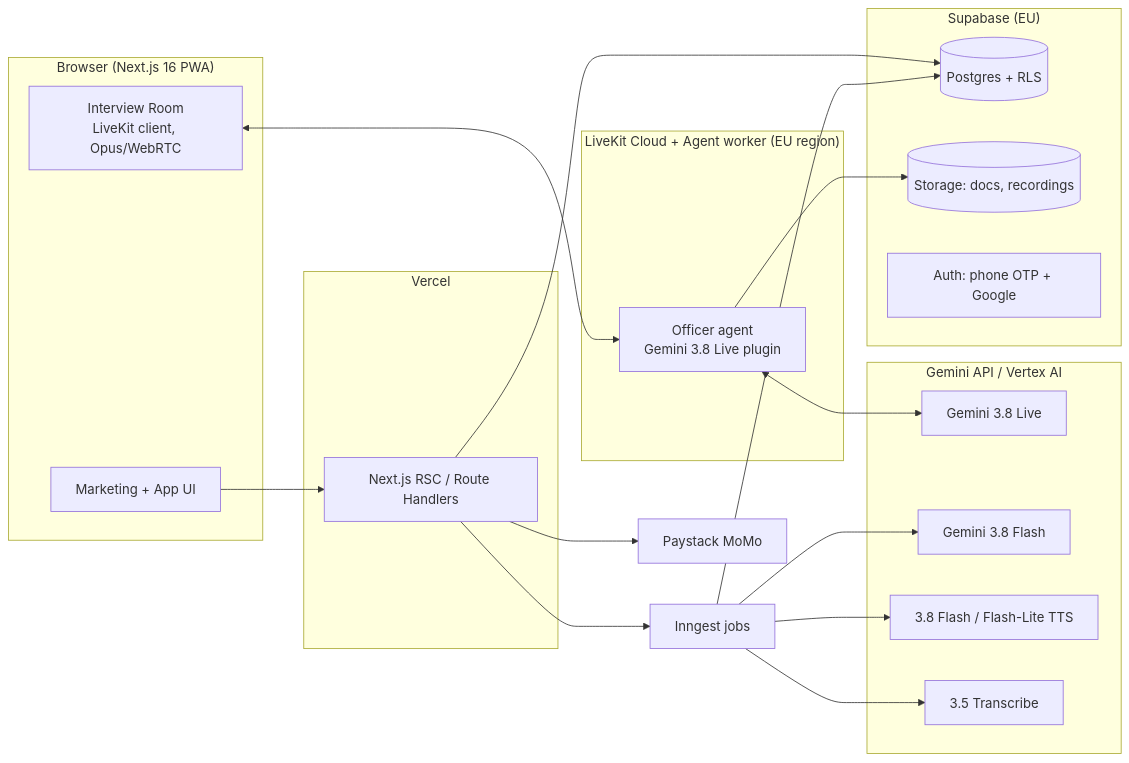
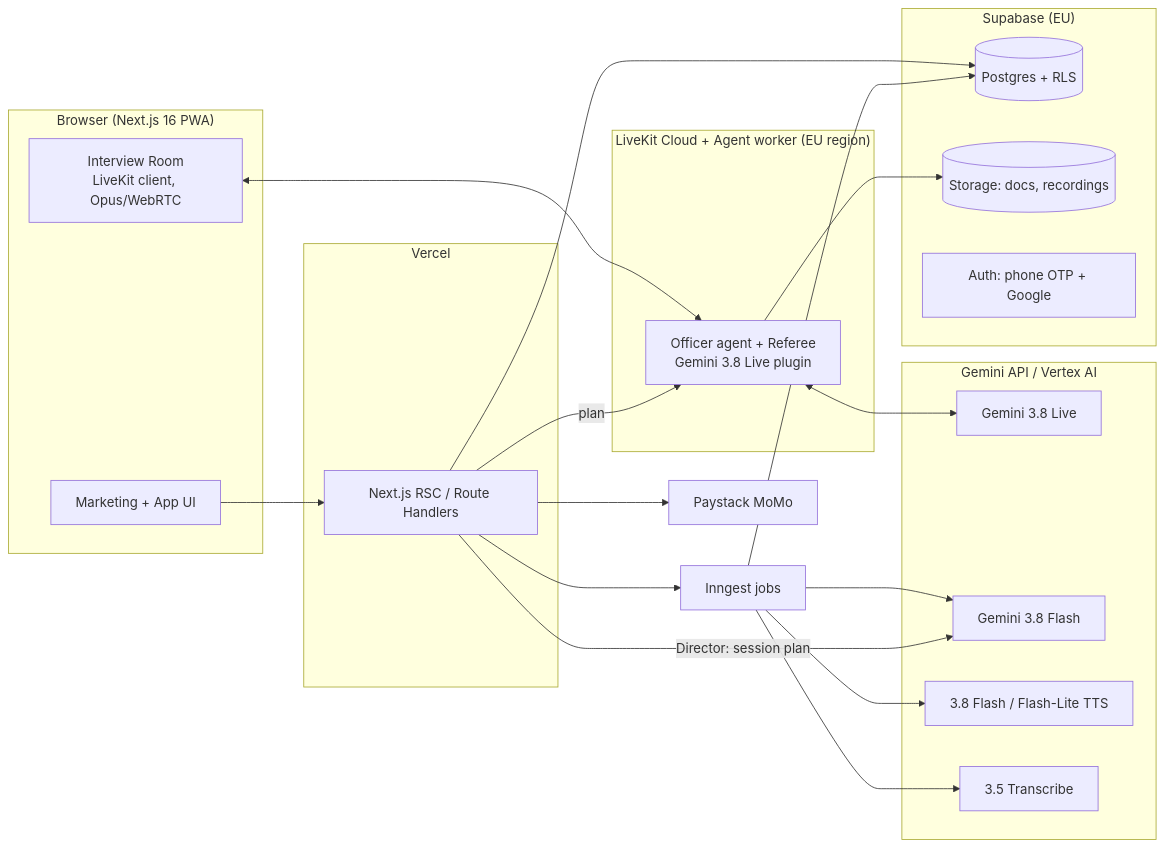
Before and after one commit to vkakorsu/mockembassy: the diagram in docs/PLAN.md, drawn with Mermaid. The commit also changed other lines of this file, not shown here.

First line of the commit message:
Plan rev 2: per-user, per-session interview engine and other fixes

````diff
--- a/docs/PLAN.md
+++ b/docs/PLAN.md
@@ -205,34 +283,36 @@
 ```mermaid
 flowchart LR
   subgraph Client["Browser (Next.js 16 PWA)"]
     UI[Marketing + App UI]
     Room[Interview Room<br/>LiveKit client, Opus/WebRTC]
   end
   subgraph Vercel
     RSC[Next.js RSC / Route Handlers]
   end
   subgraph Agents["LiveKit Cloud + Agent worker (EU region)"]
-    Agent[Officer agent<br/>Gemini 3.8 Live plugin]
+    Agent[Officer agent + Referee<br/>Gemini 3.8 Live plugin]
   end
   subgraph Google["Gemini API / Vertex AI"]
     Live[Gemini 3.8 Live]
     Flash[Gemini 3.8 Flash]
     TTS[3.8 Flash / Flash-Lite TTS]
     STT[3.5 Transcribe]
   end
   subgraph Data["Supabase (EU)"]
     PG[(Postgres + RLS)]
     S3[(Storage: docs, recordings)]
     Auth[Auth: phone OTP + Google]
   end
   Jobs[Inngest jobs]
   Pay[Paystack MoMo]
 
   UI --> RSC --> PG
   Room <--> Agent <--> Live
   Agent --> S3
   RSC --> Jobs
   Jobs --> Flash & STT & TTS
+  RSC -- Director: session plan --> Flash
+  RSC -- plan --> Agent
   Jobs --> PG
   RSC --> Pay
 ```
````
